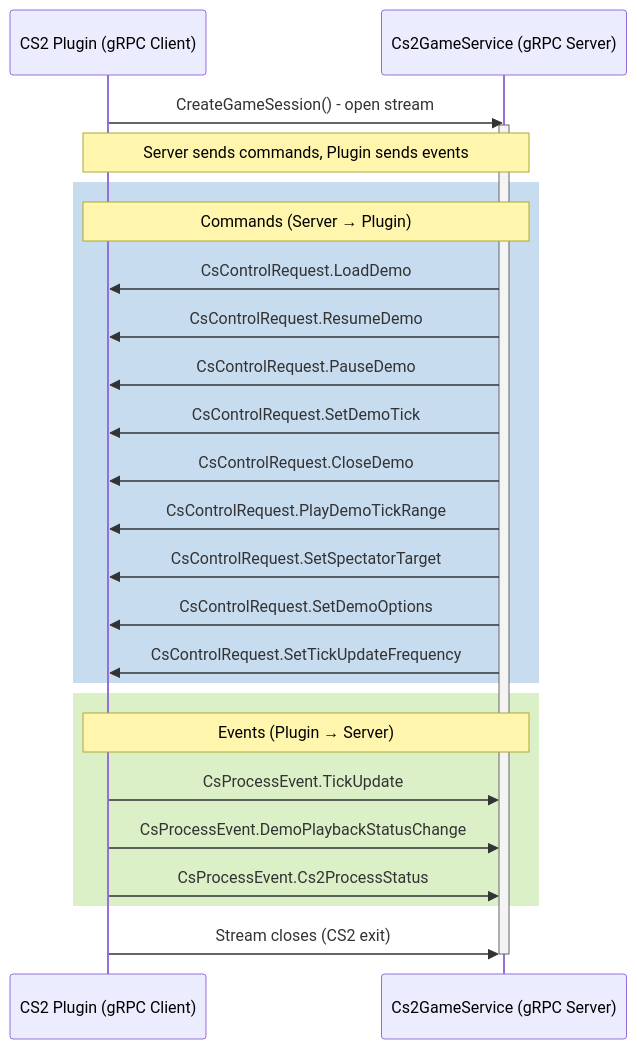
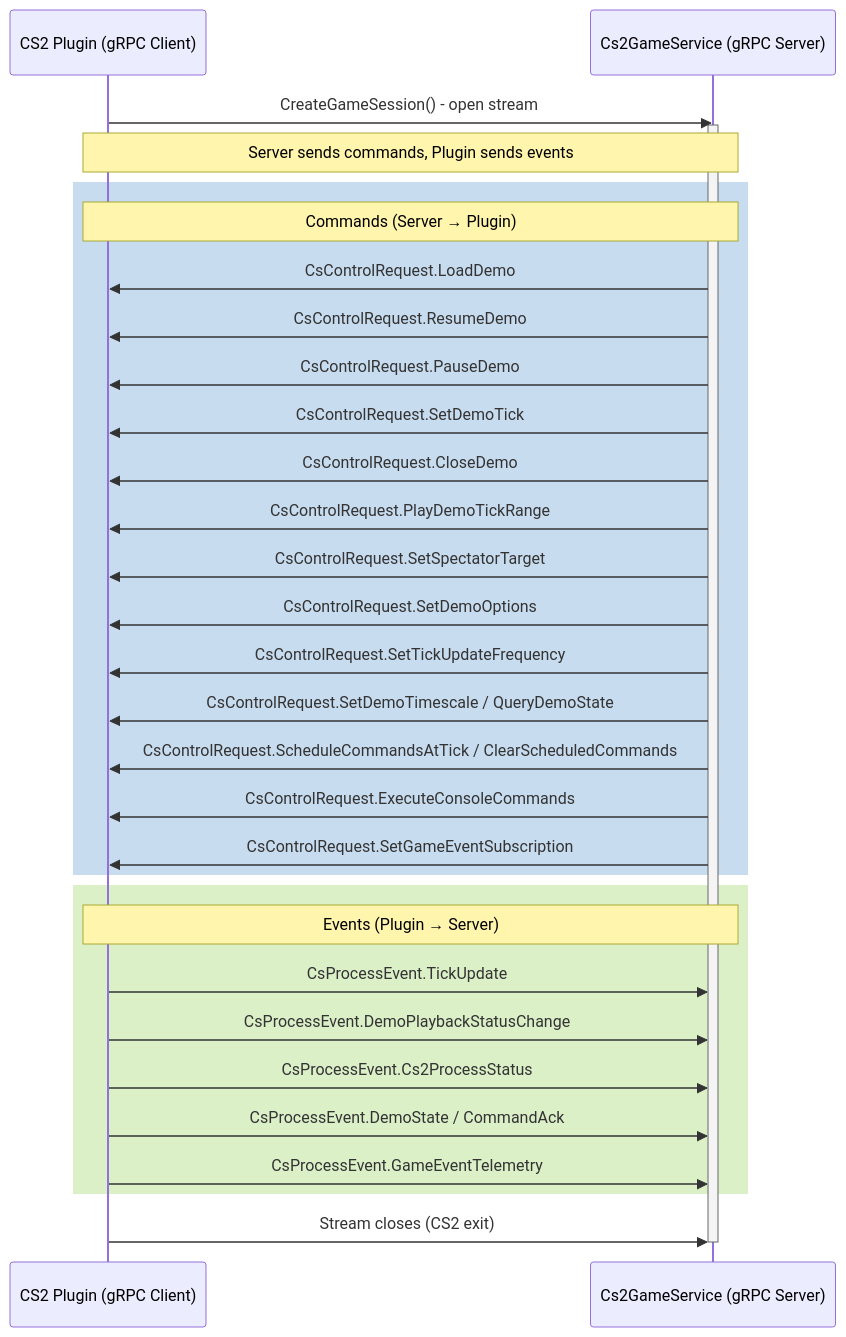
One commit to CS2OpenDev/CS2VideoGenerator changed the fourth of 7 diagrams in docs/sequence-diagrams.md. Above: the diagram before and after it, drawn with Mermaid. The commit also changed other lines of this file and 31 other files, not shown here.

````diff
--- a/docs/sequence-diagrams.md
+++ b/docs/sequence-diagrams.md
@@ -204,33 +204,39 @@
 ```mermaid
 sequenceDiagram
     participant Plugin as CS2 Plugin (gRPC Client)
     participant Server as Cs2GameService (gRPC Server)
 
     Plugin->>Server: CreateGameSession() - open stream
     activate Server
 
     Note over Plugin,Server: Server sends commands, Plugin sends events
 
     rect rgb(200, 220, 240)
         Note over Plugin,Server: Commands (Server → Plugin)
         Server->>Plugin: CsControlRequest.LoadDemo
         Server->>Plugin: CsControlRequest.ResumeDemo
         Server->>Plugin: CsControlRequest.PauseDemo
         Server->>Plugin: CsControlRequest.SetDemoTick
         Server->>Plugin: CsControlRequest.CloseDemo
         Server->>Plugin: CsControlRequest.PlayDemoTickRange
         Server->>Plugin: CsControlRequest.SetSpectatorTarget
         Server->>Plugin: CsControlRequest.SetDemoOptions
         Server->>Plugin: CsControlRequest.SetTickUpdateFrequency
+        Server->>Plugin: CsControlRequest.SetDemoTimescale / QueryDemoState
+        Server->>Plugin: CsControlRequest.ScheduleCommandsAtTick / ClearScheduledCommands
+        Server->>Plugin: CsControlRequest.ExecuteConsoleCommands
+        Server->>Plugin: CsControlRequest.SetGameEventSubscription
     end
 
     rect rgb(220, 240, 200)
         Note over Plugin,Server: Events (Plugin → Server)
         Plugin->>Server: CsProcessEvent.TickUpdate
         Plugin->>Server: CsProcessEvent.DemoPlaybackStatusChange
         Plugin->>Server: CsProcessEvent.Cs2ProcessStatus
+        Plugin->>Server: CsProcessEvent.DemoState / CommandAck
+        Plugin->>Server: CsProcessEvent.GameEventTelemetry
     end
 
     Plugin->>Server: Stream closes (CS2 exit)
     deactivate Server
 ```
````
